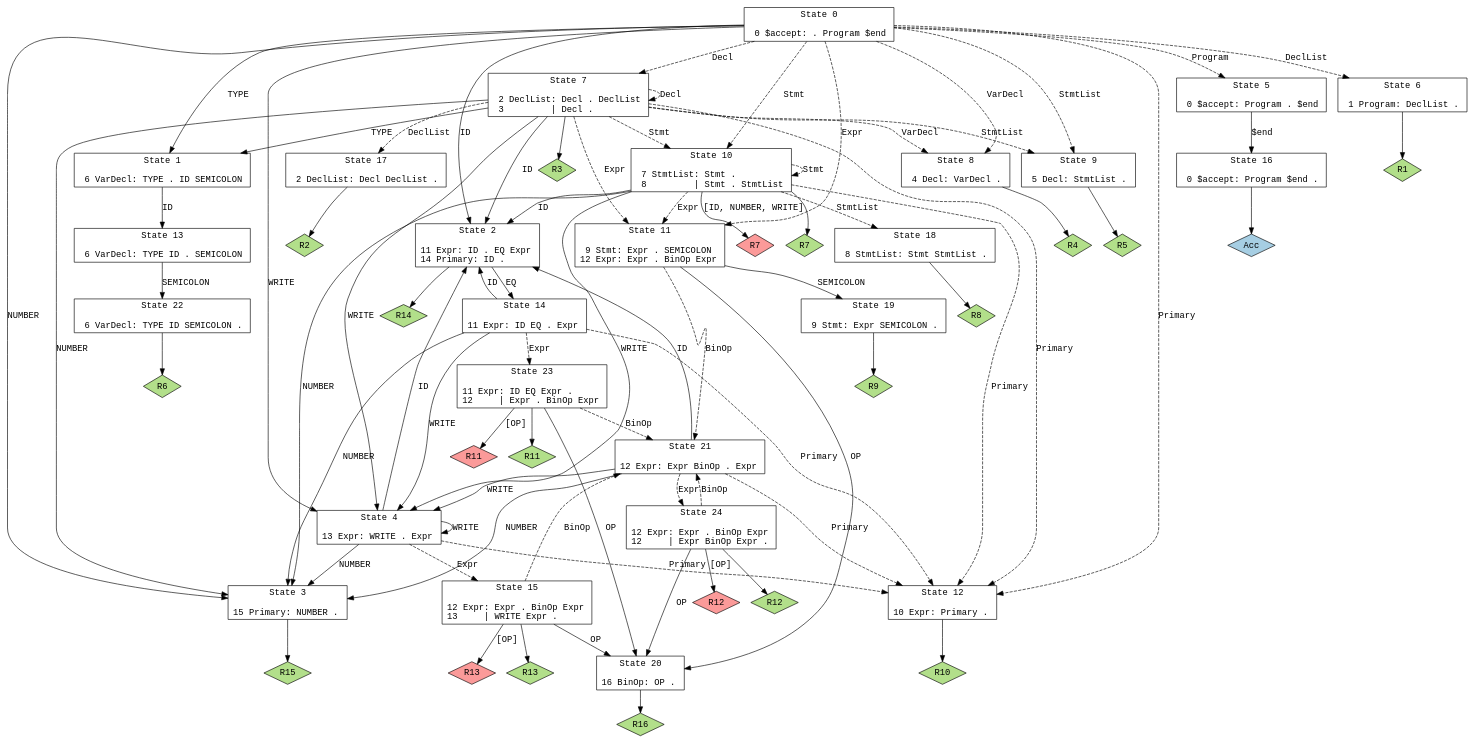
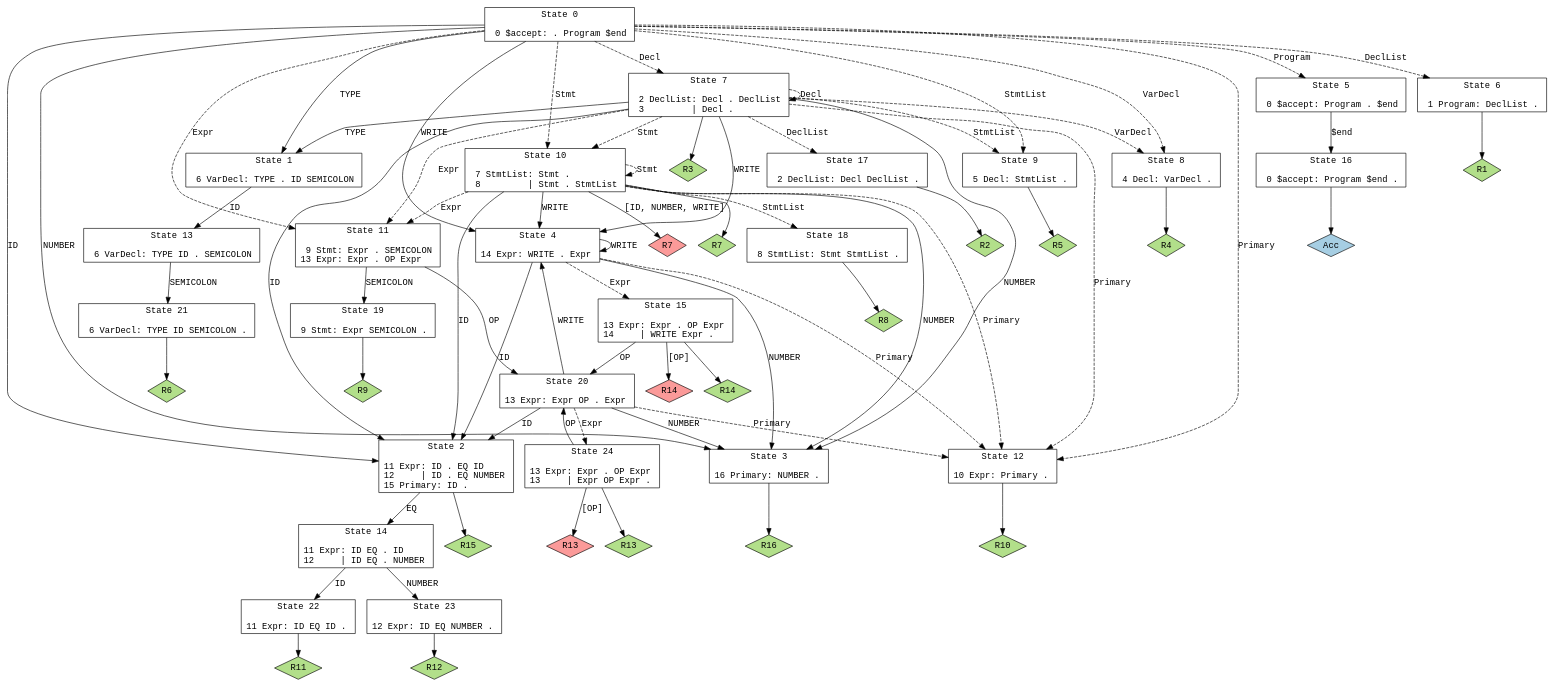
Before and after one commit to tyhunt24/compiler_design: the diagram in parser.dot, drawn with Graphviz. The commit also changed 9 other files, not shown here.

```diff
--- a/parser.dot
+++ b/parser.dot
@@ -1,135 +1,125 @@
 // Generated by GNU Bison 3.5.1.
 // Report bugs to <bug-bison@gnu.org>.
 // Home page: <https://www.gnu.org/software/bison/>.
 
 digraph "parser.y"
 {
   node [fontname = courier, shape = box, colorscheme = paired6]
   edge [fontname = courier]
 
   0 [label="State 0\n\l  0 $accept: . Program $end\l"]
   0 -> 1 [style=solid label="TYPE"]
   0 -> 2 [style=solid label="ID"]
   0 -> 3 [style=solid label="NUMBER"]
   0 -> 4 [style=solid label="WRITE"]
   0 -> 5 [style=dashed label="Program"]
   0 -> 6 [style=dashed label="DeclList"]
   0 -> 7 [style=dashed label="Decl"]
   0 -> 8 [style=dashed label="VarDecl"]
   0 -> 9 [style=dashed label="StmtList"]
   0 -> 10 [style=dashed label="Stmt"]
   0 -> 11 [style=dashed label="Expr"]
   0 -> 12 [style=dashed label="Primary"]
   1 [label="State 1\n\l  6 VarDecl: TYPE . ID SEMICOLON\l"]
   1 -> 13 [style=solid label="ID"]
-  2 [label="State 2\n\l 11 Expr: ID . EQ Expr\l 14 Primary: ID .\l"]
+  2 [label="State 2\n\l 11 Expr: ID . EQ ID\l 12     | ID . EQ NUMBER\l 15 Primary: ID .\l"]
   2 -> 14 [style=solid label="EQ"]
-  2 -> "2R14" [style=solid]
- "2R14" [label="R14", fillcolor=3, shape=diamond, style=filled]
-  3 [label="State 3\n\l 15 Primary: NUMBER .\l"]
-  3 -> "3R15" [style=solid]
- "3R15" [label="R15", fillcolor=3, shape=diamond, style=filled]
-  4 [label="State 4\n\l 13 Expr: WRITE . Expr\l"]
+  2 -> "2R15" [style=solid]
+ "2R15" [label="R15", fillcolor=3, shape=diamond, style=filled]
+  3 [label="State 3\n\l 16 Primary: NUMBER .\l"]
+  3 -> "3R16" [style=solid]
+ "3R16" [label="R16", fillcolor=3, shape=diamond, style=filled]
+  4 [label="State 4\n\l 14 Expr: WRITE . Expr\l"]
   4 -> 2 [style=solid label="ID"]
   4 -> 3 [style=solid label="NUMBER"]
   4 -> 4 [style=solid label="WRITE"]
   4 -> 15 [style=dashed label="Expr"]
   4 -> 12 [style=dashed label="Primary"]
   5 [label="State 5\n\l  0 $accept: Program . $end\l"]
   5 -> 16 [style=solid label="$end"]
   6 [label="State 6\n\l  1 Program: DeclList .\l"]
   6 -> "6R1" [style=solid]
  "6R1" [label="R1", fillcolor=3, shape=diamond, style=filled]
   7 [label="State 7\n\l  2 DeclList: Decl . DeclList\l  3         | Decl .\l"]
   7 -> 1 [style=solid label="TYPE"]
   7 -> 2 [style=solid label="ID"]
   7 -> 3 [style=solid label="NUMBER"]
   7 -> 4 [style=solid label="WRITE"]
   7 -> 17 [style=dashed label="DeclList"]
   7 -> 7 [style=dashed label="Decl"]
   7 -> 8 [style=dashed label="VarDecl"]
   7 -> 9 [style=dashed label="StmtList"]
   7 -> 10 [style=dashed label="Stmt"]
   7 -> 11 [style=dashed label="Expr"]
   7 -> 12 [style=dashed label="Primary"]
   7 -> "7R3" [style=solid]
  "7R3" [label="R3", fillcolor=3, shape=diamond, style=filled]
   8 [label="State 8\n\l  4 Decl: VarDecl .\l"]
   8 -> "8R4" [style=solid]
  "8R4" [label="R4", fillcolor=3, shape=diamond, style=filled]
   9 [label="State 9\n\l  5 Decl: StmtList .\l"]
   9 -> "9R5" [style=solid]
  "9R5" [label="R5", fillcolor=3, shape=diamond, style=filled]
   10 [label="State 10\n\l  7 StmtList: Stmt .\l  8         | Stmt . StmtList\l"]
   10 -> 2 [style=solid label="ID"]
   10 -> 3 [style=solid label="NUMBER"]
   10 -> 4 [style=solid label="WRITE"]
   10 -> 18 [style=dashed label="StmtList"]
   10 -> 10 [style=dashed label="Stmt"]
   10 -> 11 [style=dashed label="Expr"]
   10 -> 12 [style=dashed label="Primary"]
   10 -> "10R7d" [label="[ID, NUMBER, WRITE]", style=solid]
  "10R7d" [label="R7", fillcolor=5, shape=diamond, style=filled]
   10 -> "10R7" [style=solid]
  "10R7" [label="R7", fillcolor=3, shape=diamond, style=filled]
-  11 [label="State 11\n\l  9 Stmt: Expr . SEMICOLON\l 12 Expr: Expr . BinOp Expr\l"]
+  11 [label="State 11\n\l  9 Stmt: Expr . SEMICOLON\l 13 Expr: Expr . OP Expr\l"]
   11 -> 19 [style=solid label="SEMICOLON"]
   11 -> 20 [style=solid label="OP"]
-  11 -> 21 [style=dashed label="BinOp"]
   12 [label="State 12\n\l 10 Expr: Primary .\l"]
   12 -> "12R10" [style=solid]
  "12R10" [label="R10", fillcolor=3, shape=diamond, style=filled]
   13 [label="State 13\n\l  6 VarDecl: TYPE ID . SEMICOLON\l"]
-  13 -> 22 [style=solid label="SEMICOLON"]
-  14 [label="State 14\n\l 11 Expr: ID EQ . Expr\l"]
-  14 -> 2 [style=solid label="ID"]
-  14 -> 3 [style=solid label="NUMBER"]
-  14 -> 4 [style=solid label="WRITE"]
-  14 -> 23 [style=dashed label="Expr"]
-  14 -> 12 [style=dashed label="Primary"]
-  15 [label="State 15\n\l 12 Expr: Expr . BinOp Expr\l 13     | WRITE Expr .\l"]
+  13 -> 21 [style=solid label="SEMICOLON"]
+  14 [label="State 14\n\l 11 Expr: ID EQ . ID\l 12     | ID EQ . NUMBER\l"]
+  14 -> 22 [style=solid label="ID"]
+  14 -> 23 [style=solid label="NUMBER"]
+  15 [label="State 15\n\l 13 Expr: Expr . OP Expr\l 14     | WRITE Expr .\l"]
   15 -> 20 [style=solid label="OP"]
-  15 -> 21 [style=dashed label="BinOp"]
-  15 -> "15R13d" [label="[OP]", style=solid]
- "15R13d" [label="R13", fillcolor=5, shape=diamond, style=filled]
-  15 -> "15R13" [style=solid]
- "15R13" [label="R13", fillcolor=3, shape=diamond, style=filled]
+  15 -> "15R14d" [label="[OP]", style=solid]
+ "15R14d" [label="R14", fillcolor=5, shape=diamond, style=filled]
+  15 -> "15R14" [style=solid]
+ "15R14" [label="R14", fillcolor=3, shape=diamond, style=filled]
   16 [label="State 16\n\l  0 $accept: Program $end .\l"]
   16 -> "16R0" [style=solid]
  "16R0" [label="Acc", fillcolor=1, shape=diamond, style=filled]
   17 [label="State 17\n\l  2 DeclList: Decl DeclList .\l"]
   17 -> "17R2" [style=solid]
  "17R2" [label="R2", fillcolor=3, shape=diamond, style=filled]
   18 [label="State 18\n\l  8 StmtList: Stmt StmtList .\l"]
   18 -> "18R8" [style=solid]
  "18R8" [label="R8", fillcolor=3, shape=diamond, style=filled]
   19 [label="State 19\n\l  9 Stmt: Expr SEMICOLON .\l"]
   19 -> "19R9" [style=solid]
  "19R9" [label="R9", fillcolor=3, shape=diamond, style=filled]
-  20 [label="State 20\n\l 16 BinOp: OP .\l"]
-  20 -> "20R16" [style=solid]
- "20R16" [label="R16", fillcolor=3, shape=diamond, style=filled]
-  21 [label="State 21\n\l 12 Expr: Expr BinOp . Expr\l"]
-  21 -> 2 [style=solid label="ID"]
-  21 -> 3 [style=solid label="NUMBER"]
-  21 -> 4 [style=solid label="WRITE"]
-  21 -> 24 [style=dashed label="Expr"]
-  21 -> 12 [style=dashed label="Primary"]
-  22 [label="State 22\n\l  6 VarDecl: TYPE ID SEMICOLON .\l"]
-  22 -> "22R6" [style=solid]
- "22R6" [label="R6", fillcolor=3, shape=diamond, style=filled]
-  23 [label="State 23\n\l 11 Expr: ID EQ Expr .\l 12     | Expr . BinOp Expr\l"]
-  23 -> 20 [style=solid label="OP"]
-  23 -> 21 [style=dashed label="BinOp"]
-  23 -> "23R11d" [label="[OP]", style=solid]
- "23R11d" [label="R11", fillcolor=5, shape=diamond, style=filled]
-  23 -> "23R11" [style=solid]
- "23R11" [label="R11", fillcolor=3, shape=diamond, style=filled]
-  24 [label="State 24\n\l 12 Expr: Expr . BinOp Expr\l 12     | Expr BinOp Expr .\l"]
+  20 [label="State 20\n\l 13 Expr: Expr OP . Expr\l"]
+  20 -> 2 [style=solid label="ID"]
+  20 -> 3 [style=solid label="NUMBER"]
+  20 -> 4 [style=solid label="WRITE"]
+  20 -> 24 [style=dashed label="Expr"]
+  20 -> 12 [style=dashed label="Primary"]
+  21 [label="State 21\n\l  6 VarDecl: TYPE ID SEMICOLON .\l"]
+  21 -> "21R6" [style=solid]
+ "21R6" [label="R6", fillcolor=3, shape=diamond, style=filled]
+  22 [label="State 22\n\l 11 Expr: ID EQ ID .\l"]
+  22 -> "22R11" [style=solid]
+ "22R11" [label="R11", fillcolor=3, shape=diamond, style=filled]
+  23 [label="State 23\n\l 12 Expr: ID EQ NUMBER .\l"]
+  23 -> "23R12" [style=solid]
+ "23R12" [label="R12", fillcolor=3, shape=diamond, style=filled]
+  24 [label="State 24\n\l 13 Expr: Expr . OP Expr\l 13     | Expr OP Expr .\l"]
   24 -> 20 [style=solid label="OP"]
-  24 -> 21 [style=dashed label="BinOp"]
-  24 -> "24R12d" [label="[OP]", style=solid]
- "24R12d" [label="R12", fillcolor=5, shape=diamond, style=filled]
-  24 -> "24R12" [style=solid]
- "24R12" [label="R12", fillcolor=3, shape=diamond, style=filled]
+  24 -> "24R13d" [label="[OP]", style=solid]
+ "24R13d" [label="R13", fillcolor=5, shape=diamond, style=filled]
+  24 -> "24R13" [style=solid]
+ "24R13" [label="R13", fillcolor=3, shape=diamond, style=filled]
 }
```
